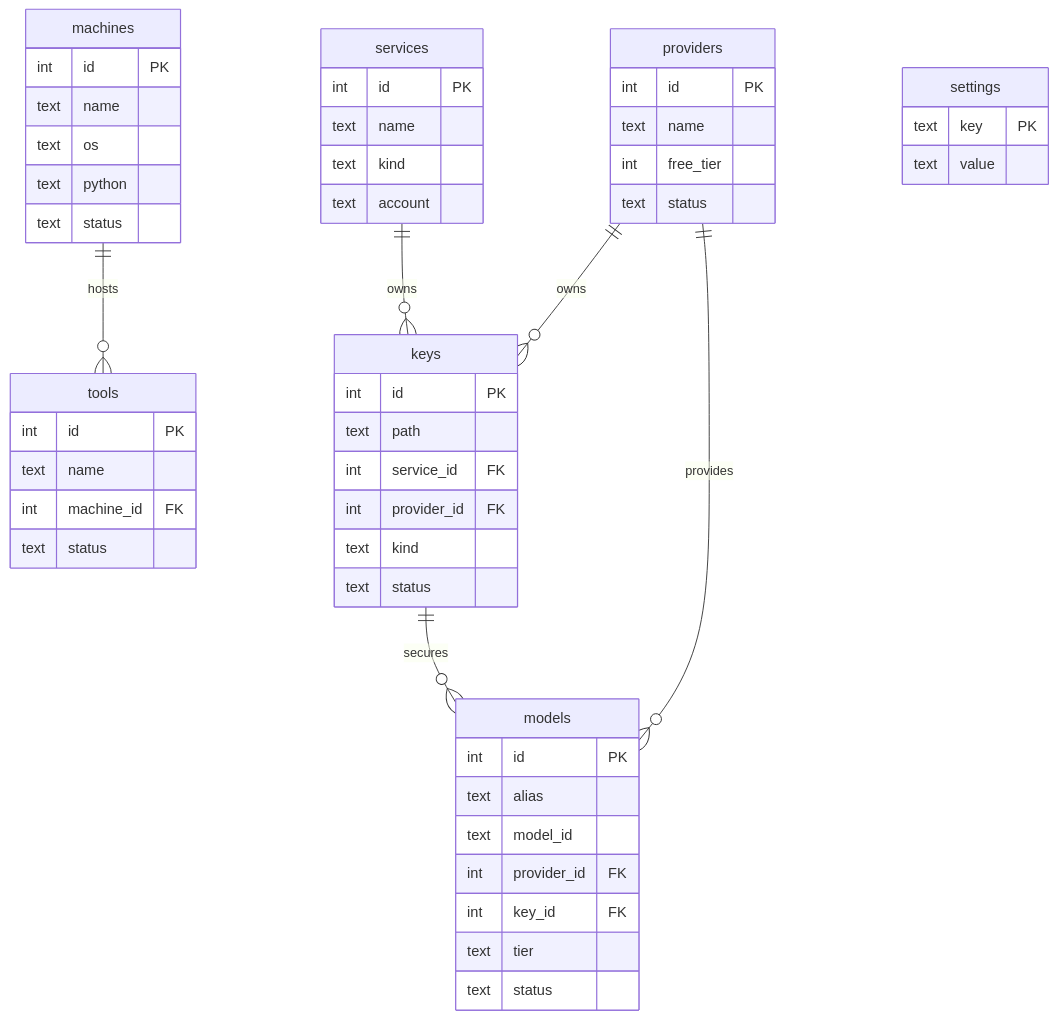
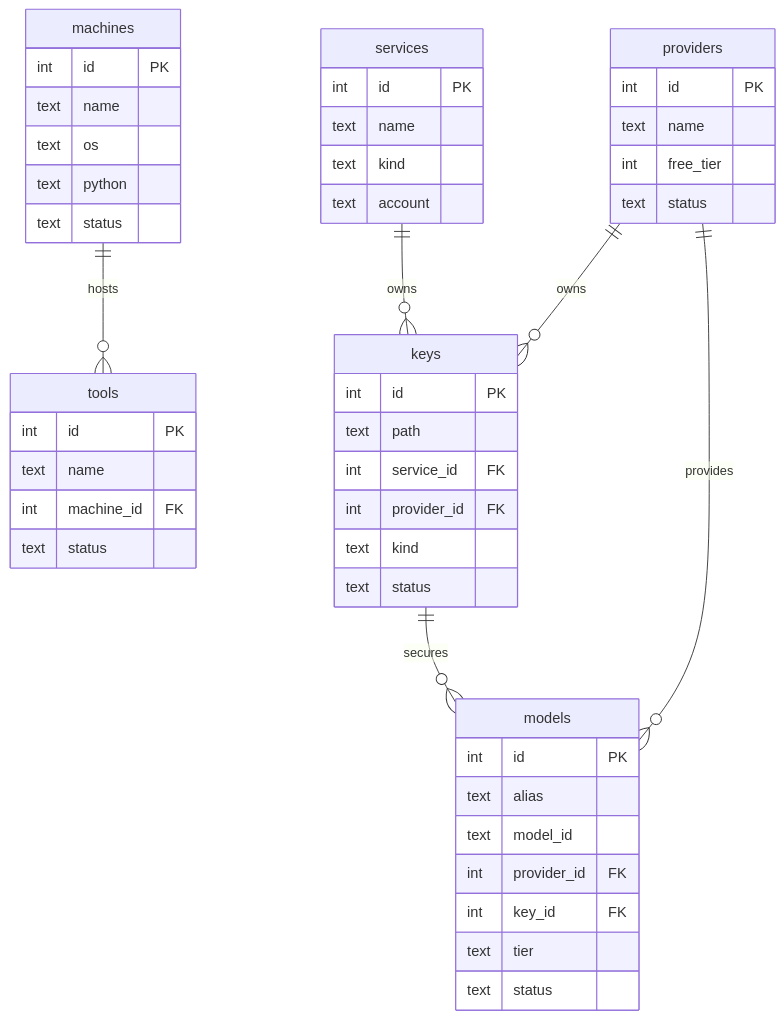
The diagram in doc/diagrams/db-schema.mmd (peterkokosharov/ai-first-workspace), drawn with Mermaid before and after one commit. The commit also changed 6 other files, not shown here.

```diff
--- a/doc/diagrams/db-schema.mmd
+++ b/doc/diagrams/db-schema.mmd
@@ -1,59 +1,54 @@
 erDiagram
     machines ||--o{ tools : "hosts"
     services ||--o{ keys : "owns"
     providers ||--o{ keys : "owns"
     providers ||--o{ models : "provides"
     keys ||--o{ models : "secures"
     
     machines {
         int id PK
         text name
         text os
         text python
         text status
     }
     
     services {
         int id PK
         text name
         text kind
         text account
     }
     
     providers {
         int id PK
         text name
         int free_tier
         text status
     }
     
     keys {
         int id PK
         text path
         int service_id FK
         int provider_id FK
         text kind
         text status
     }
     
     models {
         int id PK
         text alias
         text model_id
         int provider_id FK
         int key_id FK
         text tier
         text status
     }
     
     tools {
         int id PK
         text name
         int machine_id FK
         text status
     }
-    
-    settings {
-        text key PK
-        text value
-    }
```
